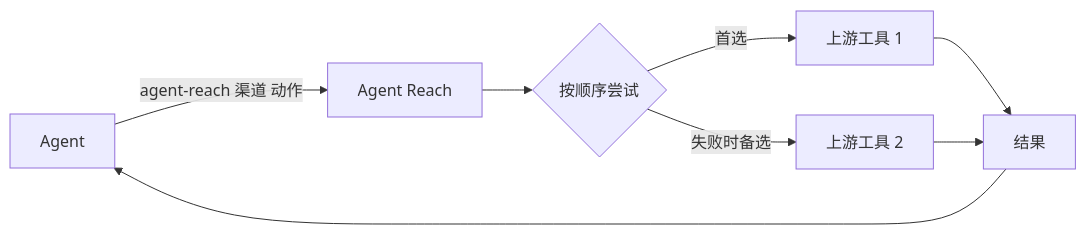
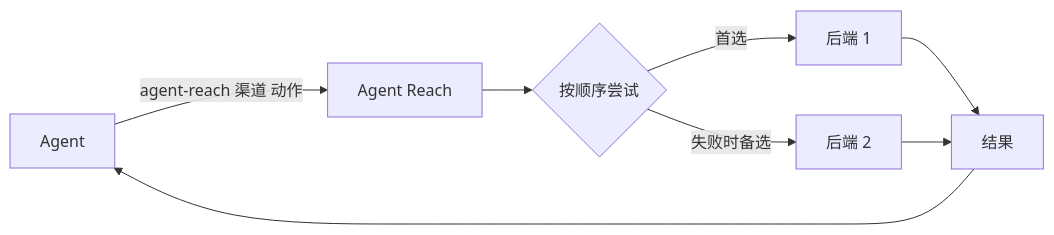
Before and after one commit to Ma0xFly/Agent-Reach: the diagram in README.md, drawn with Mermaid. The commit also changed other lines of this file and 20 other files, not shown here.

````diff
--- a/README.md
+++ b/README.md
@@ -188,10 +216,10 @@
 ```mermaid
 flowchart LR
     A[Agent] -->|agent-reach 渠道 动作| B[Agent Reach]
     B --> C{按顺序尝试}
-    C -->|首选| D[上游工具 1]
-    C -->|失败时备选| E[上游工具 2]
+    C -->|首选| D[后端 1]
+    C -->|失败时备选| E[后端 2]
     D --> F[结果]
     E --> F
     F --> A
 ```
````
